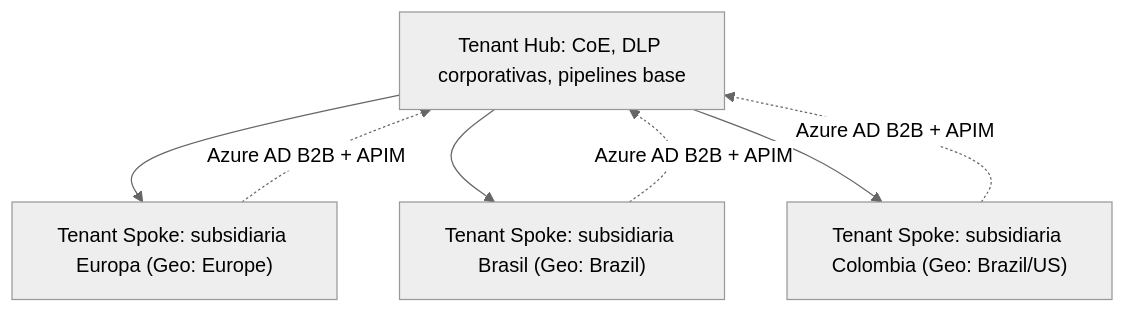
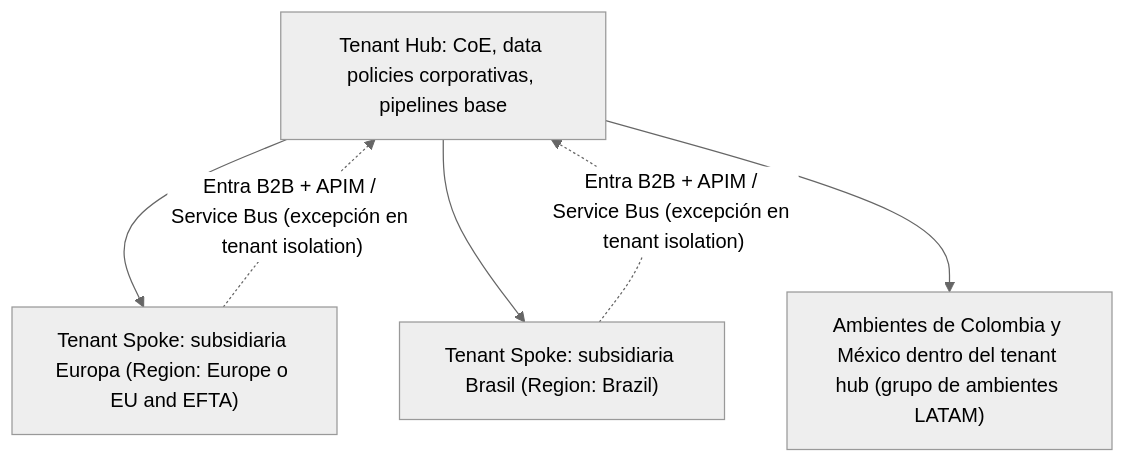
Before and after one commit to EdwingAlarcon/PlanEstudio: the diagram in app-elearning/content/modules/arquitecto/33-multi-tenant-multi-geo-y-estrategia-de-ambientes.md, drawn with Mermaid (neutral theme). The commit also changed other lines of this file and 59 other files, not shown here.

````diff
--- a/app-elearning/content/modules/arquitecto/33-multi-tenant-multi-geo-y-estrategia-de-ambientes.md
+++ b/app-elearning/content/modules/arquitecto/33-multi-tenant-multi-geo-y-estrategia-de-ambientes.md
@@ -27,9 +42,8 @@
 ```mermaid
 graph TD
-  H["Tenant Hub: CoE, DLP corporativas, pipelines base"] --> S1["Tenant Spoke: subsidiaria Europa (Geo: Europe)"]
-  H --> S2["Tenant Spoke: subsidiaria Brasil (Geo: Brazil)"]
-  H --> S3["Tenant Spoke: subsidiaria Colombia (Geo: Brazil/US)"]
-  S1 -. "Azure AD B2B + APIM" .-> H
-  S2 -. "Azure AD B2B + APIM" .-> H
-  S3 -. "Azure AD B2B + APIM" .-> H
+  H["Tenant Hub: CoE, data policies corporativas, pipelines base"] --> S1["Tenant Spoke: subsidiaria Europa (Region: Europe o EU and EFTA)"]
+  H --> S2["Tenant Spoke: subsidiaria Brasil (Region: Brazil)"]
+  H --> S3["Ambientes de Colombia y México dentro del tenant hub (grupo de ambientes LATAM)"]
+  S1 -. "Entra B2B + APIM / Service Bus (excepción en tenant isolation)" .-> H
+  S2 -. "Entra B2B + APIM / Service Bus (excepción en tenant isolation)" .-> H
 ```
````
